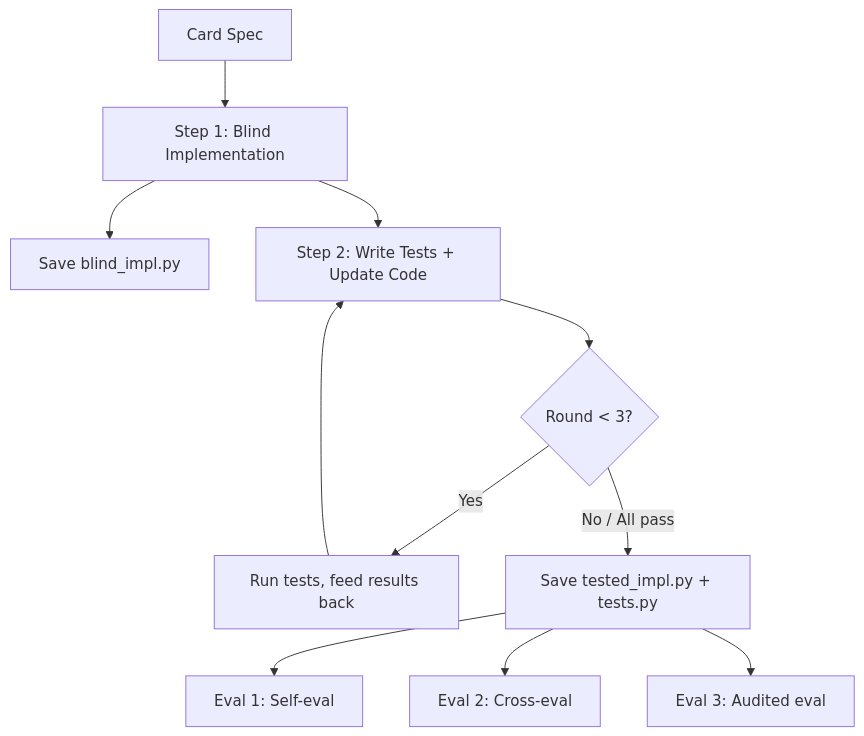
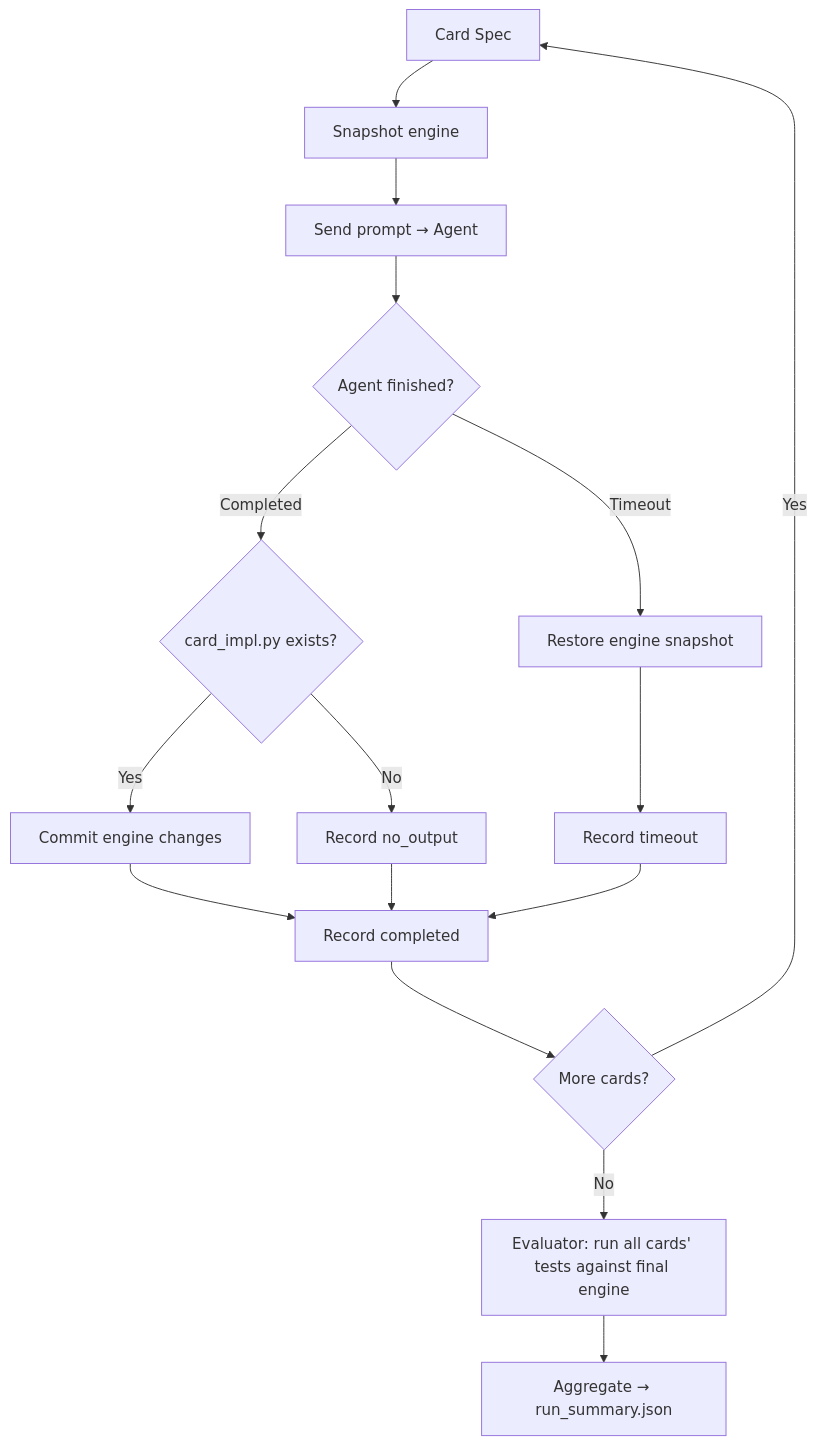
One commit to snowfoxbuilds/SilverquiLLM-bench changed the diagram in docs/specs/BENCHMARK-RUNNER.md. Above: the diagram before and after it, drawn with Mermaid. The commit also changed other lines of this file and 4 other files, not shown here.

````diff
--- a/docs/specs/BENCHMARK-RUNNER.md
+++ b/docs/specs/BENCHMARK-RUNNER.md
@@ -17,13 +17,18 @@
 ```mermaid
 graph TD
-    A["Card Spec"] --> B["Step 1: Blind Implementation"]
-    B --> C["Save blind_impl.py"]
-    B --> D["Step 2: Write Tests + Update Code"]
-    D --> E{"Round < 3?"}
-    E -->|Yes| F["Run tests, feed results back"]
-    F --> D
-    E -->|No / All pass| G["Save tested_impl.py + tests.py"]
-    G --> H["Eval 1: Self-eval"]
-    G --> I["Eval 2: Cross-eval"]
-    G --> J["Eval 3: Audited eval"]
+    A["Card Spec"] --> B["Snapshot engine"]
+    B --> C["Send prompt → Agent"]
+    C --> D{"Agent finished?"}
+    D -->|Timeout| E["Restore engine snapshot"]
+    E --> F["Record timeout"]
+    D -->|Completed| G{"card_impl.py exists?"}
+    G -->|No| H["Record no_output"]
+    G -->|Yes| I["Commit engine changes"]
+    I --> J["Record completed"]
+    H --> J
+    F --> J
+    J --> K{"More cards?"}
+    K -->|Yes| A
+    K -->|No| L["Evaluator: run all cards' tests against final engine"]
+    L --> M["Aggregate → run_summary.json"]
 ```
````
